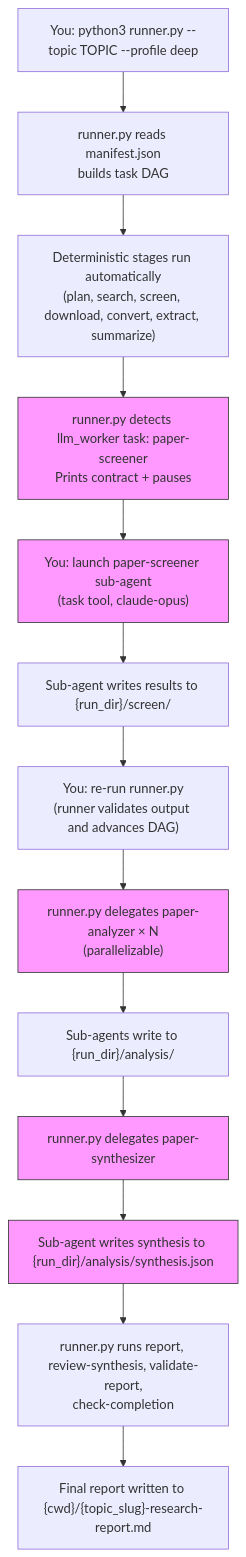
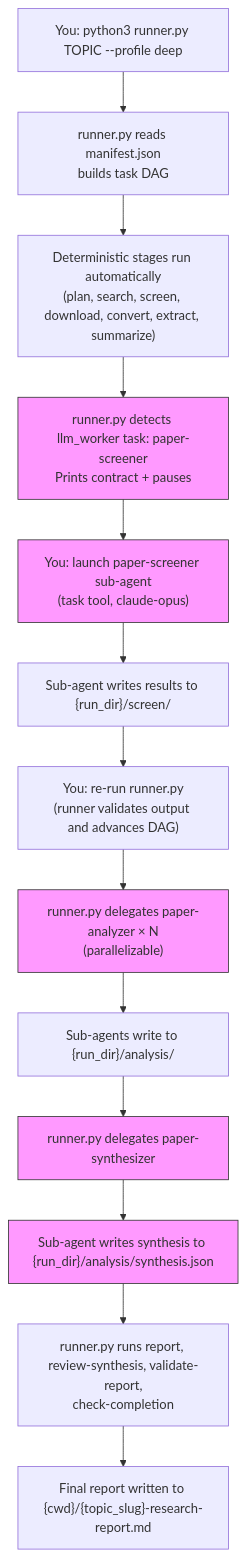
Before and after one commit to grammy-jiang/research-pipeline: the diagram in src/research_pipeline/skill_data/research-pipeline/references/sub-agents.md, drawn with Mermaid. The commit also changed 2 other files, not shown here.

````diff
--- a/src/research_pipeline/skill_data/research-pipeline/references/sub-agents.md
+++ b/src/research_pipeline/skill_data/research-pipeline/references/sub-agents.md
@@ -145,22 +145,22 @@
 ```mermaid
 flowchart TD
-    A["You: python3 runner.py --topic TOPIC --profile deep"] --> B
+    A["You: python3 runner.py TOPIC --profile deep"] --> B
     B["runner.py reads manifest.json<br/>builds task DAG"] --> C
     C["Deterministic stages run automatically<br/>(plan, search, screen, download, convert, extract, summarize)"] --> D
     D["runner.py detects llm_worker task: paper-screener<br/>Prints contract + pauses"] --> E
     E["You: launch paper-screener sub-agent<br/>(task tool, claude-opus)"] --> F
     F["Sub-agent writes results to {run_dir}/screen/"] --> G
     G["You: re-run runner.py<br/>(runner validates output and advances DAG)"] --> H
     H["runner.py delegates paper-analyzer × N<br/>(parallelizable)"] --> I
     I["Sub-agents write to {run_dir}/analysis/"] --> J
     J["runner.py delegates paper-synthesizer"] --> K
     K["Sub-agent writes synthesis to {run_dir}/analysis/synthesis.json"] --> L
     L["runner.py runs report, review-synthesis, validate-report,<br/>check-completion"] --> M
     M["Final report written to {cwd}/{topic_slug}-research-report.md"]
 
     style D fill:#f9f,stroke:#333
     style E fill:#f9f,stroke:#333
     style H fill:#f9f,stroke:#333
     style J fill:#f9f,stroke:#333
     style K fill:#f9f,stroke:#333
 ```
````
